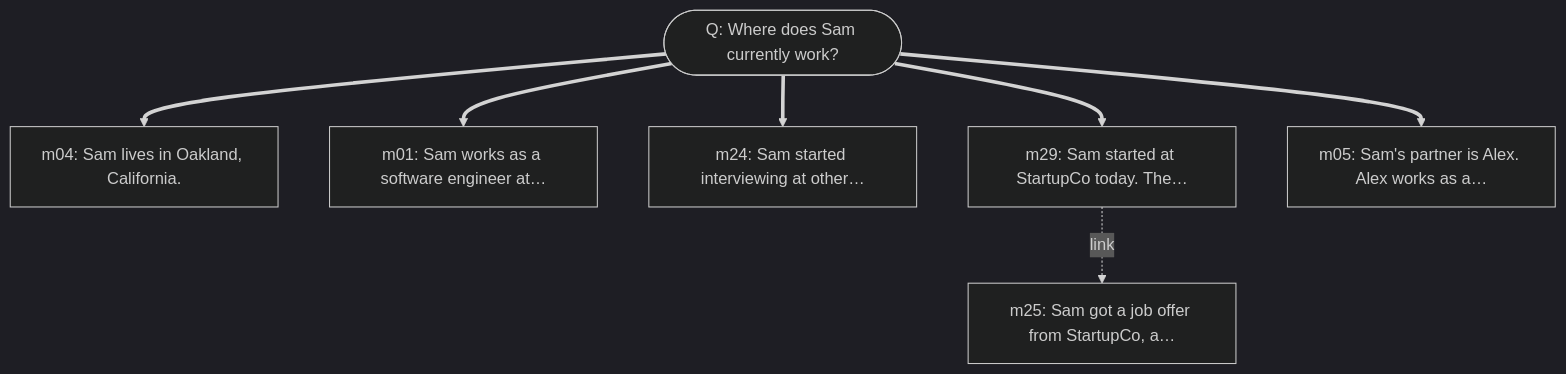
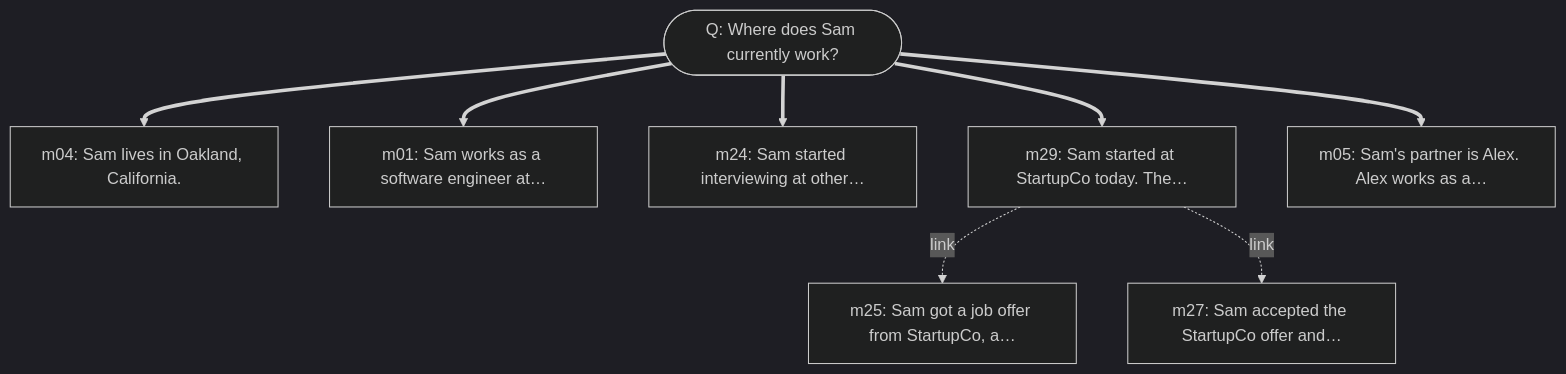
Before and after one commit to pandazxx/a-mem-reproduction: diagram 14 of 22 in results/comparison/amem/traces.md, drawn with Mermaid (dark theme). The commit also changed other lines of this file and 64 other files, not shown here.

````diff
--- a/results/comparison/amem/traces.md
+++ b/results/comparison/amem/traces.md
@@ -365,16 +361,18 @@
 ```mermaid
 graph TD
     Q(["Q: Where does Sam currently work?"])
     m04["m04: Sam lives in Oakland, California."]
     Q ==> m04
     m01["m01: Sam works as a software engineer at…"]
     Q ==> m01
     m24["m24: Sam started interviewing at other…"]
     Q ==> m24
     m29["m29: Sam started at StartupCo today. The…"]
     Q ==> m29
     m05["m05: Sam's partner is Alex. Alex works as a…"]
     Q ==> m05
     m25["m25: Sam got a job offer from StartupCo, a…"]
     m29 -.->|link| m25
+    m27["m27: Sam accepted the StartupCo offer and…"]
+    m29 -.->|link| m27
 ```
````
